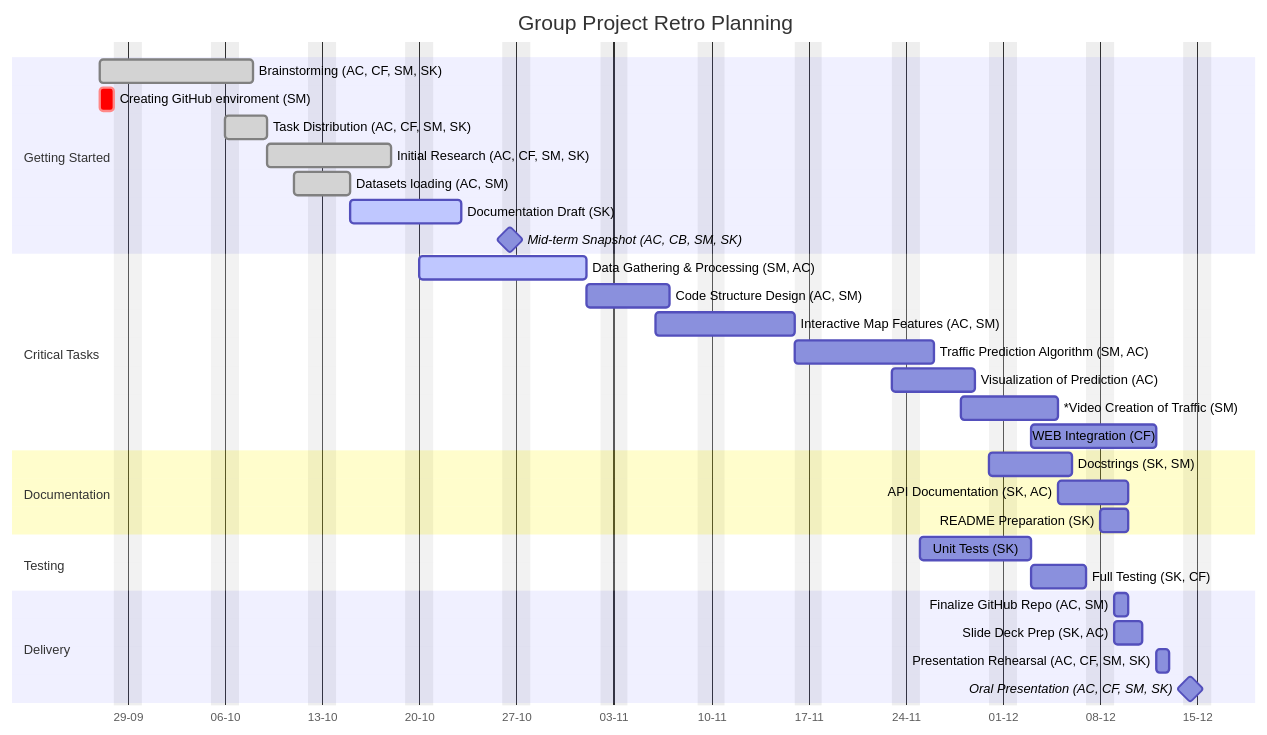
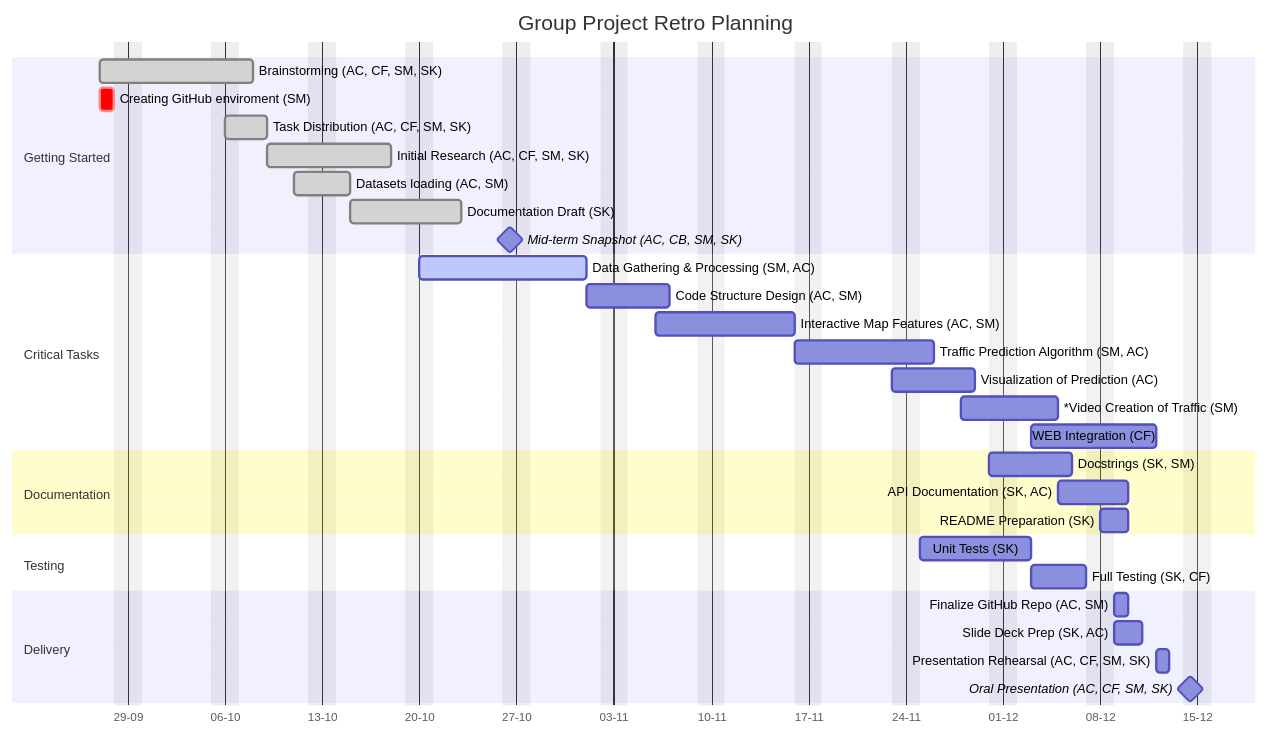
The diagram in README.md (mscaia/PROJ_HAX712X), drawn with Mermaid before and after one commit. The commit also changed other lines of this file, not shown here.

````diff
--- a/README.md
+++ b/README.md
@@ -27,42 +32,42 @@
 ```mermaid
 %%{init: {'themeVariables': {'taskTextColor': '#000000'}}}%%
 gantt
     title Group Project Retro Planning
     dateFormat  YYYY-MM-DD
     axisFormat  %d-%m
     excludes weekends
 
     section Getting Started
     Brainstorming (AC, CF, SM, SK): done, 2024-09-27, 7d
     Creating GitHub enviroment (SM) : crit, 2024-09-27, 1d
     Task Distribution (AC, CF, SM, SK): done, 2024-10-06, 3d
     Initial Research (AC, CF, SM, SK): done, 2024-10-09, 7d
     Datasets loading (AC, SM): done, 2024-10-11, 2d
-    Documentation Draft (SK): active, 2024-10-15, 6d
+    Documentation Draft (SK): done, 2024-10-15, 6d
 
     Mid-term Snapshot (AC, CB, SM, SK) :milestone, 2024-10-25, 1d
 
 		section Critical Tasks
 		Data Gathering & Processing (SM, AC) : active, 2024-10-20, 10d
 		Code Structure Design (AC, SM) : 2024-11-01, 4d
 		Interactive Map Features (AC, SM) : 2024-11-06, 8d
 		Traffic Prediction Algorithm (SM, AC) : 2024-11-16, 7d
 		Visualization of Prediction (AC) : 2024-11-23, 5d
 		*Video Creation of Traffic (SM) : 2024-11-28, 5d
 		WEB Integration (CF) : 2024-12-03, 7d
 
 		section Documentation
 		Docstrings (SK, SM) : 2024-11-30, 5d
 		API Documentation (SK, AC) : 2024-12-05, 3d
 		README Preparation (SK) : 2024-12-08, 2d
 
 		section Testing
     Unit Tests (SK) : 2024-11-25, 6d
 		Full Testing (SK, CF) : 2024-12-03, 4d
   
  		section Delivery
     Finalize GitHub Repo (AC, SM) :2024-12-09, 1d
     Slide Deck Prep (SK, AC):2024-12-09, 2d
     Presentation Rehearsal (AC, CF, SM, SK):2024-12-12, 1d
     Oral Presentation (AC, CF, SM, SK):milestone, 2024-12-13, 1d
 ```
````
